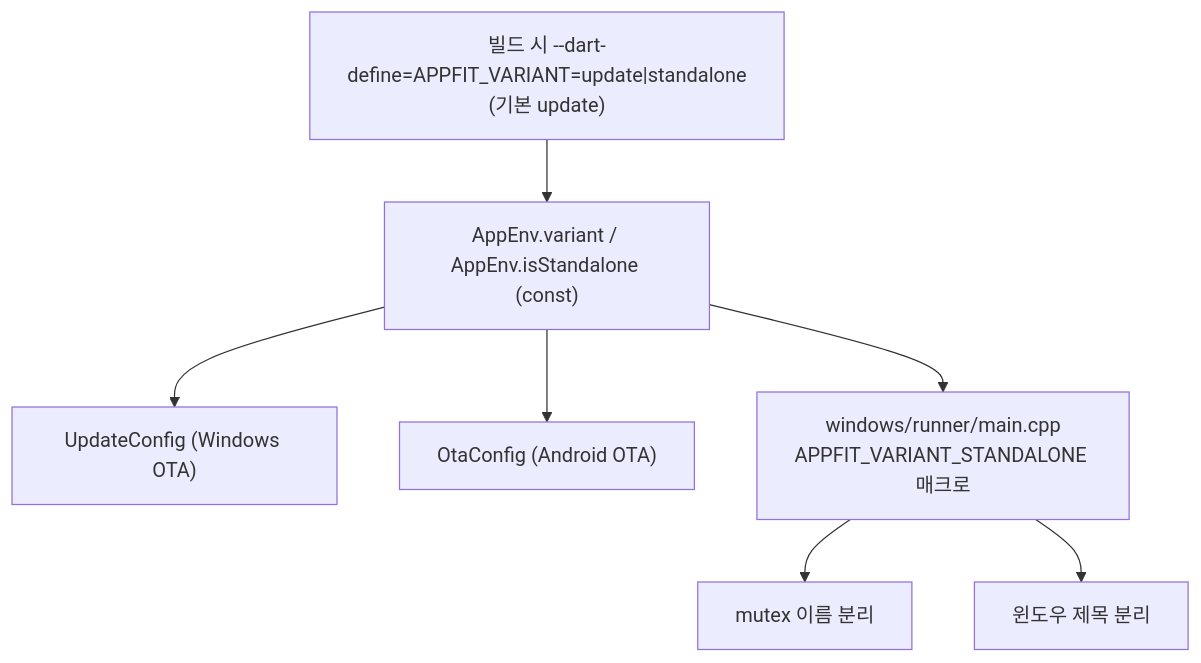
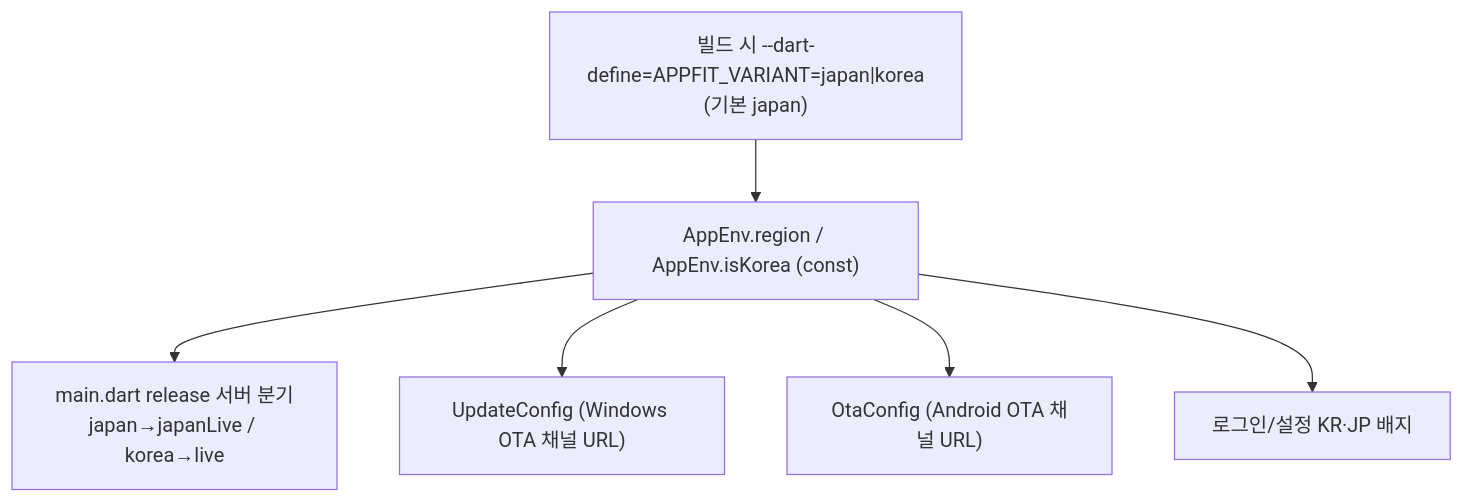
Before and after one commit to waldlustpos/appfit_order_agent: the first of 2 diagrams in docs/BUILD_VARIANTS.md, drawn with Mermaid. The commit also changed other lines of this file and 80 other files, not shown here.

First line of the commit message:
feat(variant): 단일 패키지(.appfit) 통합 — flavor 제거·Windows 단일화·japan/korea dart-define

````diff
--- a/docs/BUILD_VARIANTS.md
+++ b/docs/BUILD_VARIANTS.md
@@ -13,11 +13,10 @@
 ```mermaid
 flowchart TD
-    DEF["빌드 시 --dart-define=APPFIT_VARIANT=update|standalone<br/>(기본 update)"]
-    ENV["AppEnv.variant / AppEnv.isStandalone (const)"]
+    DEF["빌드 시 --dart-define=APPFIT_VARIANT=japan|korea<br/>(기본 japan)"]
+    ENV["AppEnv.region / AppEnv.isKorea (const)"]
     DEF --> ENV
-    ENV --> UC["UpdateConfig (Windows OTA)"]
-    ENV --> OC["OtaConfig (Android OTA)"]
-    ENV --> CPP["windows/runner/main.cpp<br/>APPFIT_VARIANT_STANDALONE 매크로"]
-    CPP --> MUTEX["mutex 이름 분리"]
-    CPP --> TITLE["윈도우 제목 분리"]
+    ENV --> SRV["main.dart release 서버 분기<br/>japan→japanLive / korea→live"]
+    ENV --> UC["UpdateConfig (Windows OTA 채널 URL)"]
+    ENV --> OC["OtaConfig (Android OTA 채널 URL)"]
+    ENV --> BADGE["로그인/설정 KR·JP 배지"]
 ```
````
